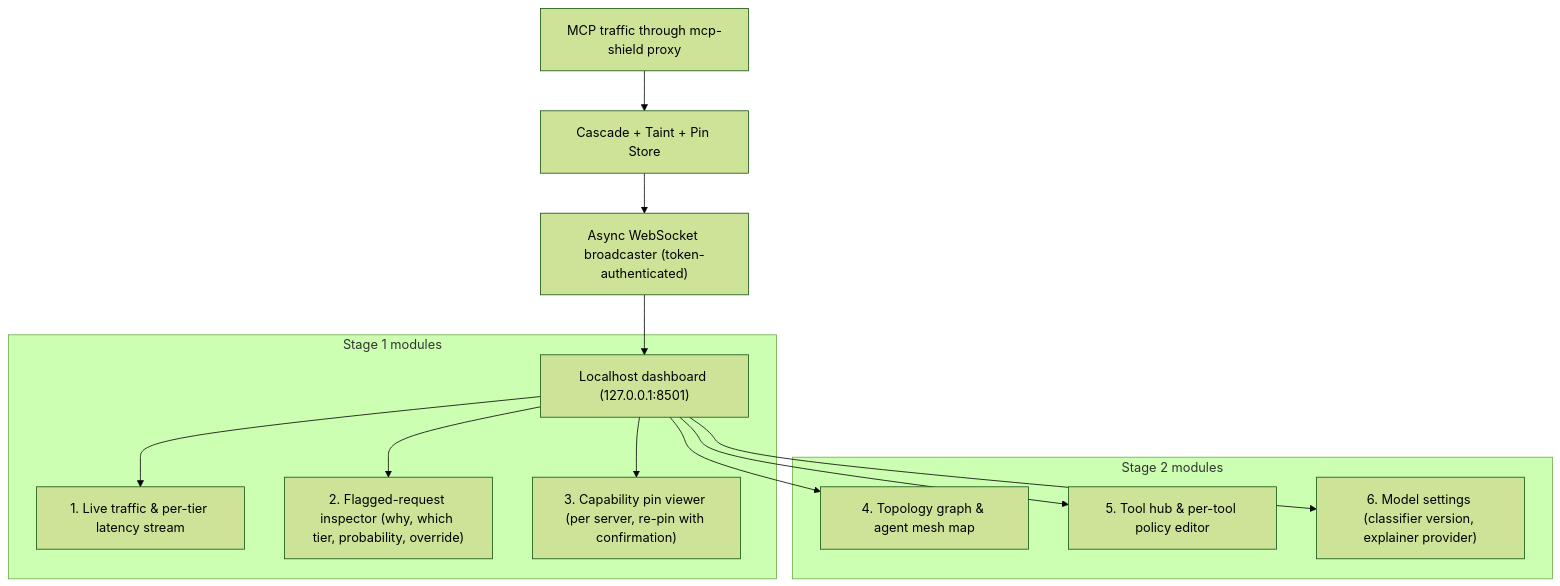
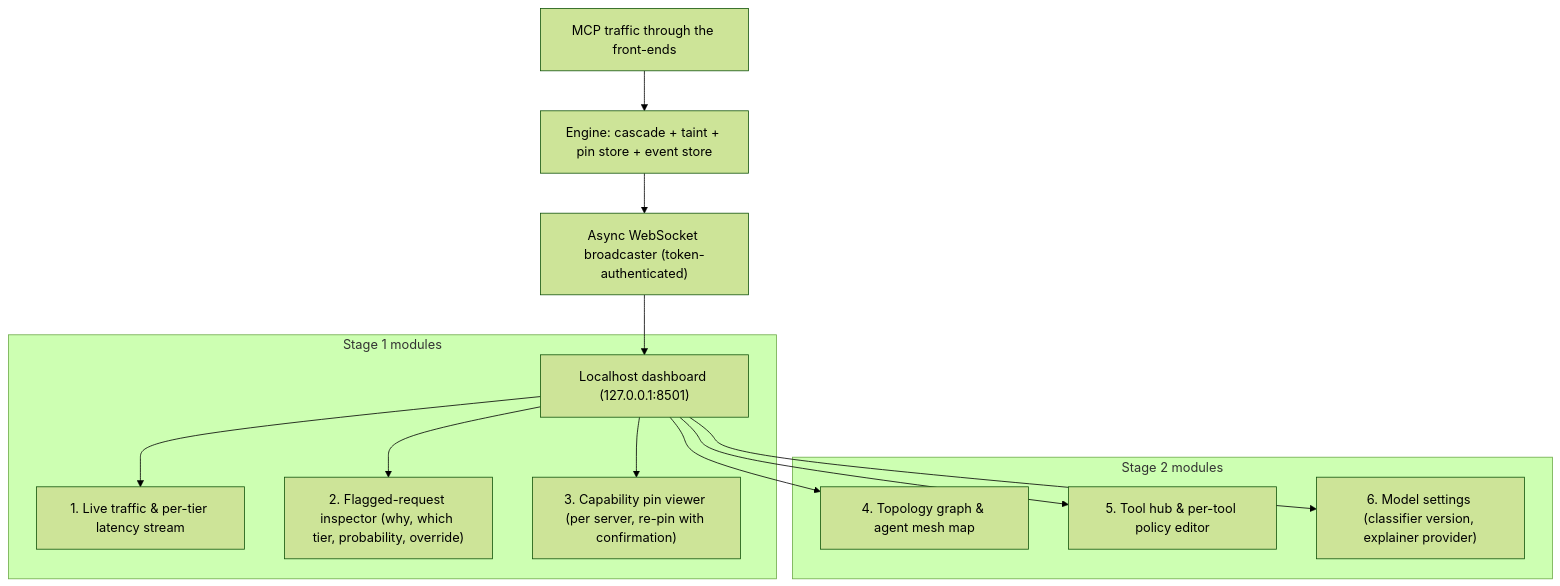
The first of 5 diagrams in 07 - Model Distribution, PyPI Packaging & Local Dashboard.md (rishikeshvarma/MCP-Shield), drawn with Mermaid (forest theme) before and after one commit. The commit also changed other lines of this file and 18 other files, not shown here.

````diff
--- a/07 - Model Distribution, PyPI Packaging & Local Dashboard.md
+++ b/07 - Model Distribution, PyPI Packaging & Local Dashboard.md
@@ -105,17 +109,17 @@
 ```mermaid
 graph TD
-    Traffic["MCP traffic through mcp-shield proxy"] --> Engine["Cascade + Taint + Pin Store"]
+    Traffic["MCP traffic through the front-ends"] --> Engine["Engine: cascade + taint + pin store + event store"]
     Engine --> WS["Async WebSocket broadcaster (token-authenticated)"]
     WS --> UI["Localhost dashboard (127.0.0.1:8501)"]
 
     subgraph S1["Stage 1 modules"]
         UI --> M1["1. Live traffic & per-tier latency stream"]
         UI --> M2["2. Flagged-request inspector (why, which tier, probability, override)"]
         UI --> M3["3. Capability pin viewer (per server, re-pin with confirmation)"]
     end
     subgraph S2["Stage 2 modules"]
         UI --> M4["4. Topology graph & agent mesh map"]
         UI --> M5["5. Tool hub & per-tool policy editor"]
         UI --> M6["6. Model settings (classifier version, explainer provider)"]
     end
 ```
````
